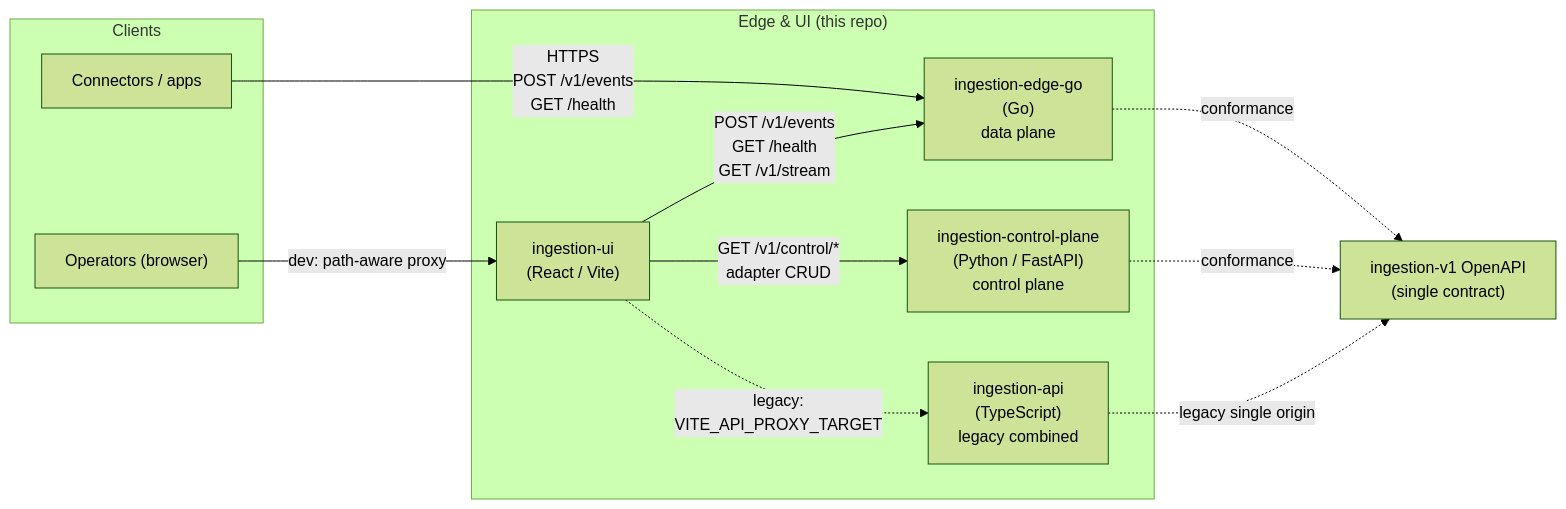
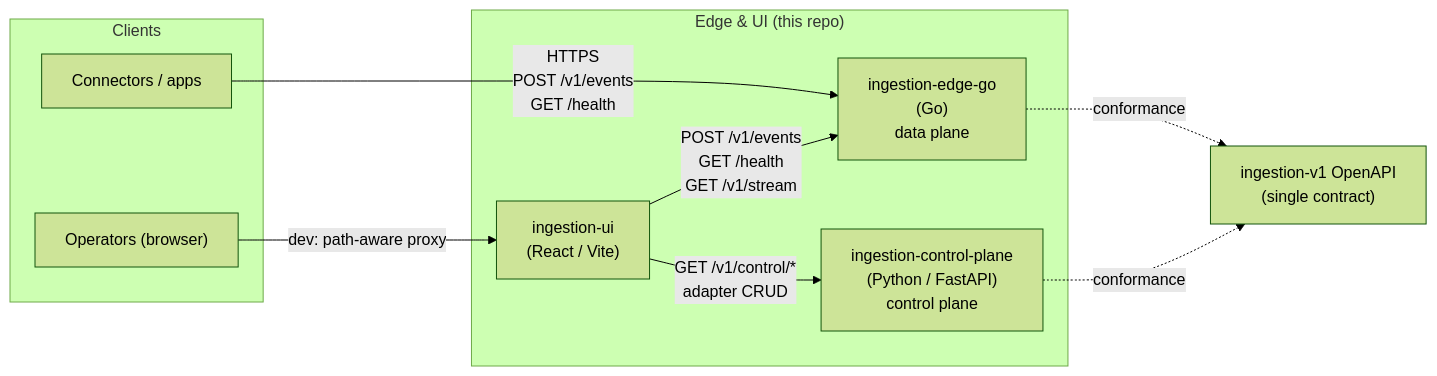
Before and after one commit to BernardoCSACarreira/canal: the first of 6 diagrams in docs/architecture/diagrams.md, drawn with Mermaid (forest theme). The commit also changed other lines of this file and 42 other files, not shown here.

First line of the commit message:
feat(CAN-73): remove legacy TypeScript ingestion-api

````diff
--- a/docs/architecture/diagrams.md
+++ b/docs/architecture/diagrams.md
@@ -14,27 +14,23 @@
 ```mermaid
 flowchart LR
   subgraph clients["Clients"]
     Conn["Connectors / apps"]
     Op["Operators (browser)"]
   end
 
   subgraph edge["Edge & UI (this repo)"]
     UI["ingestion-ui\n(React / Vite)"]
     GoEdge["ingestion-edge-go\n(Go)\ndata plane"]
     CP["ingestion-control-plane\n(Python / FastAPI)\ncontrol plane"]
-    TS["ingestion-api\n(TypeScript)\nlegacy combined"]
   end
 
   Contract["ingestion-v1 OpenAPI\n(single contract)"]
 
   Conn -->|"HTTPS\nPOST /v1/events\nGET /health"| GoEdge
   Op -->|"dev: path-aware proxy"| UI
   UI -->|"POST /v1/events\nGET /health\nGET /v1/stream"| GoEdge
   UI -->|"GET /v1/control/*\nadapter CRUD"| CP
 
   GoEdge -.->|"conformance"| Contract
   CP -.->|"conformance"| Contract
-  TS -.->|"legacy single origin"| Contract
-
-  UI -.->|"legacy:\nVITE_API_PROXY_TARGET"| TS
 ```
````
